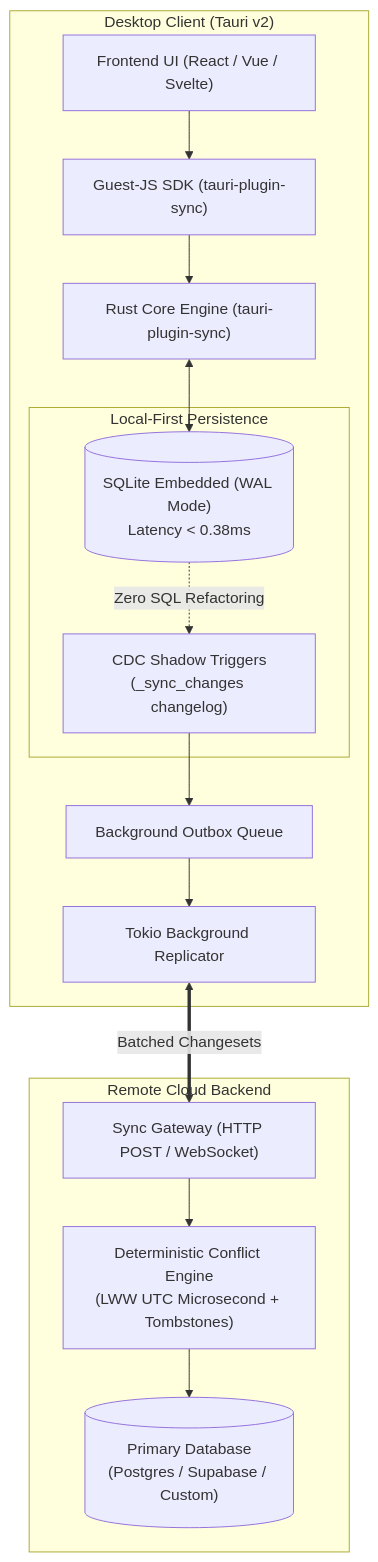
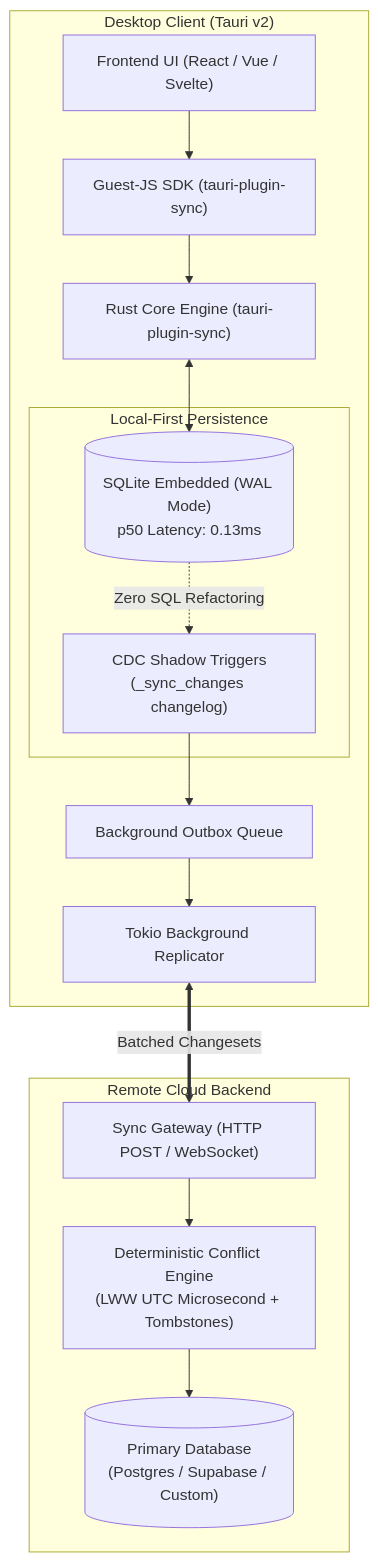
The diagram in README.md (kxrn-gupta/tauri-plugin-sync), drawn with Mermaid before and after one commit. The commit also changed other lines of this file and 4 other files, not shown here.

````diff
--- a/README.md
+++ b/README.md
@@ -129,27 +131,27 @@
 ```mermaid
 flowchart TD
     subgraph Client ["Desktop Client (Tauri v2)"]
         UI["Frontend UI (React / Vue / Svelte)"] --> SDK["Guest-JS SDK (tauri-plugin-sync)"]
         SDK --> Rust["Rust Core Engine (tauri-plugin-sync)"]
         
         subgraph LocalStorage ["Local-First Persistence"]
-            SQLite[("SQLite Embedded (WAL Mode)<br/>Latency < 0.38ms")]
+            SQLite[("SQLite Embedded (WAL Mode)<br/>p50 Latency: 0.13ms")]
             CDC["CDC Shadow Triggers<br/>(_sync_changes changelog)"]
             SQLite -. "Zero SQL Refactoring" .-> CDC
         end
         
         Rust <--> SQLite
         CDC --> Outbox["Background Outbox Queue"]
         Outbox --> Worker["Tokio Background Replicator"]
     end
 
     subgraph RemoteServer ["Remote Cloud Backend"]
         API["Sync Gateway (HTTP POST / WebSocket)"]
         Conflict["Deterministic Conflict Engine<br/>(LWW UTC Microsecond + Tombstones)"]
         RemoteDB[("Primary Database<br/>(Postgres / Supabase / Custom)")]
         
         API --> Conflict --> RemoteDB
     end
 
     Worker <== "Batched Changesets" ==> API
 ```
````
